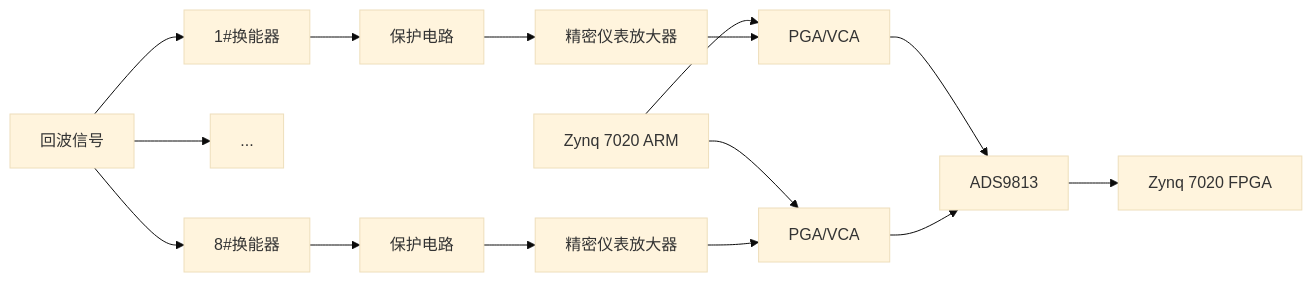
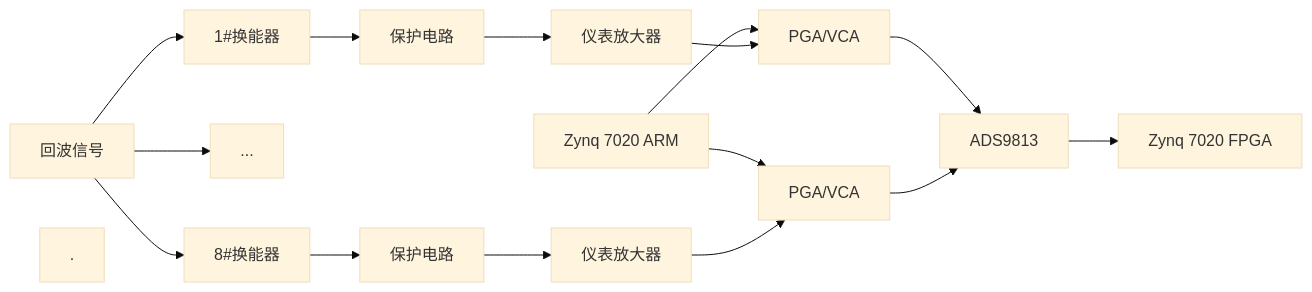
One commit to Rukawa15/iodraw-files changed the diagram in all/同步采集.md. Above: the diagram before and after it, drawn with Mermaid (base theme).

Commit message:
2025-06-19 14:31:41 update

````diff
--- a/all/同步采集.md
+++ b/all/同步采集.md
@@ -1,22 +1,23 @@
 ```mermaid
 graph LR
 A[回波信号]
 A --> B1[1#换能器]
 A --> ...
 A --> B8[8#换能器]
 
 B1 --> C1[保护电路]
 B8 --> C8[保护电路]
 
-C1 --> D1[精密仪表放大器]
-C8 --> D8[精密仪表放大器]
+C1 --> D1[仪表放大器]
+C8 --> D8[仪表放大器]
 H[Zynq 7020 ARM] --> E1
 H[Zynq 7020 ARM] --> E8
 D1 --> E1[PGA/VCA]
 D8 --> E8[PGA/VCA]
 
-E1 --> F[ADS9813] 
+E1 --> F[ADS9813]
+.
 E8 --> F[ADS9813] 
 
 F --> G[Zynq 7020 FPGA]
 ```
````
